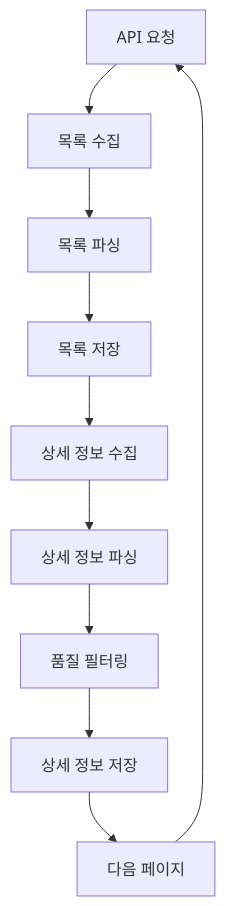
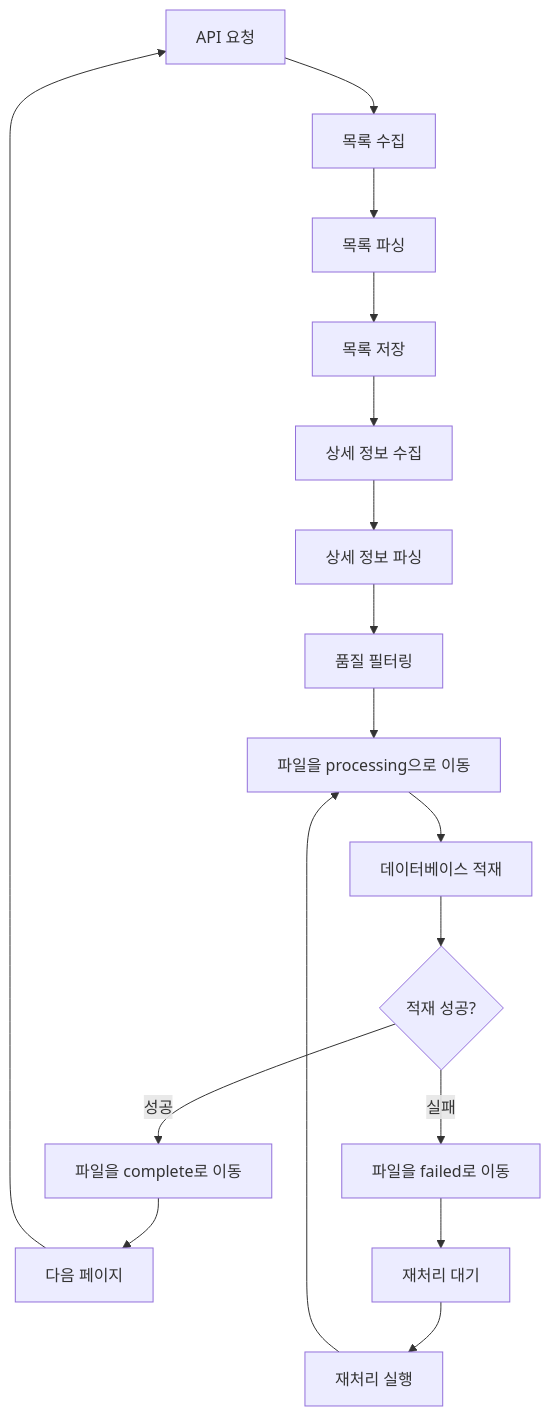
One commit to kimhaegyeong/LawFirmAI changed the diagram in docs/10_technical_reference/legal_term_collection_system.md. Above: the diagram before and after it, drawn with Mermaid. The commit also changed other lines of this file and 5 other files, not shown here.

````diff
--- a/docs/10_technical_reference/legal_term_collection_system.md
+++ b/docs/10_technical_reference/legal_term_collection_system.md
@@ -22,12 +50,19 @@
 ```mermaid
 graph TD
     A[API 요청] --> B[목록 수집]
     B --> C[목록 파싱]
     C --> D[목록 저장]
     D --> E[상세 정보 수집]
     E --> F[상세 정보 파싱]
     F --> G[품질 필터링]
-    G --> H[상세 정보 저장]
-    H --> I[다음 페이지]
-    I --> A
+    G --> H[파일을 processing으로 이동]
+    H --> I[데이터베이스 적재]
+    I --> J{적재 성공?}
+    J -->|성공| K[파일을 complete로 이동]
+    J -->|실패| L[파일을 failed로 이동]
+    K --> M[다음 페이지]
+    L --> N[재처리 대기]
+    M --> A
+    N --> O[재처리 실행]
+    O --> H
 ```
````
